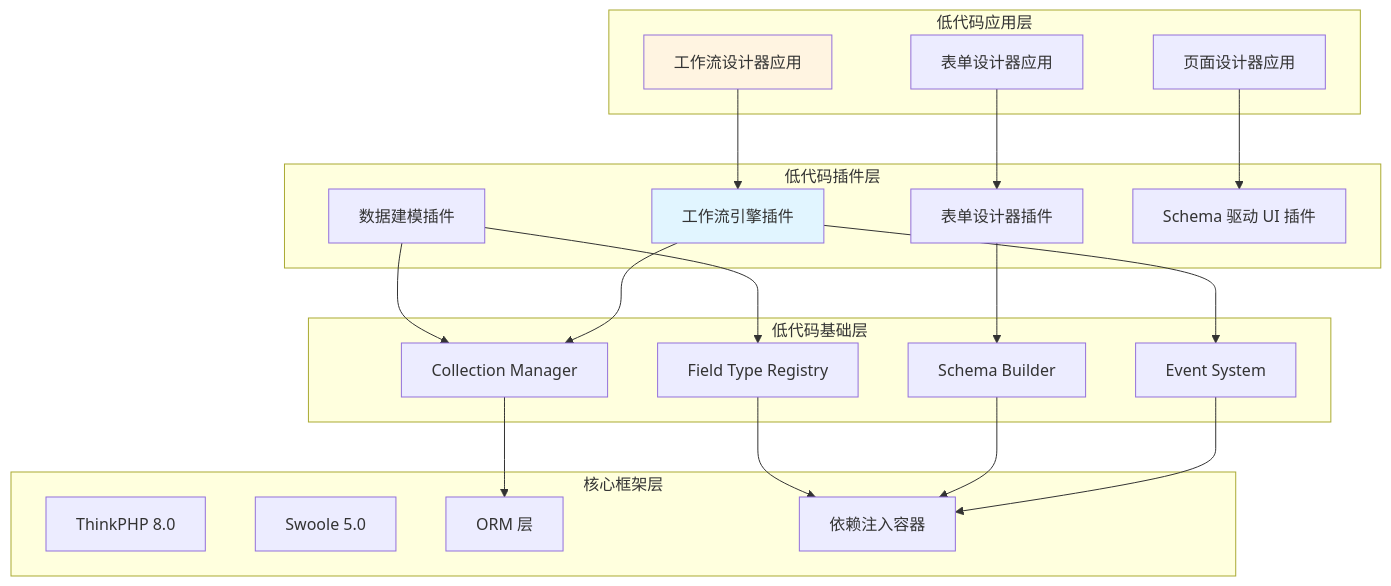
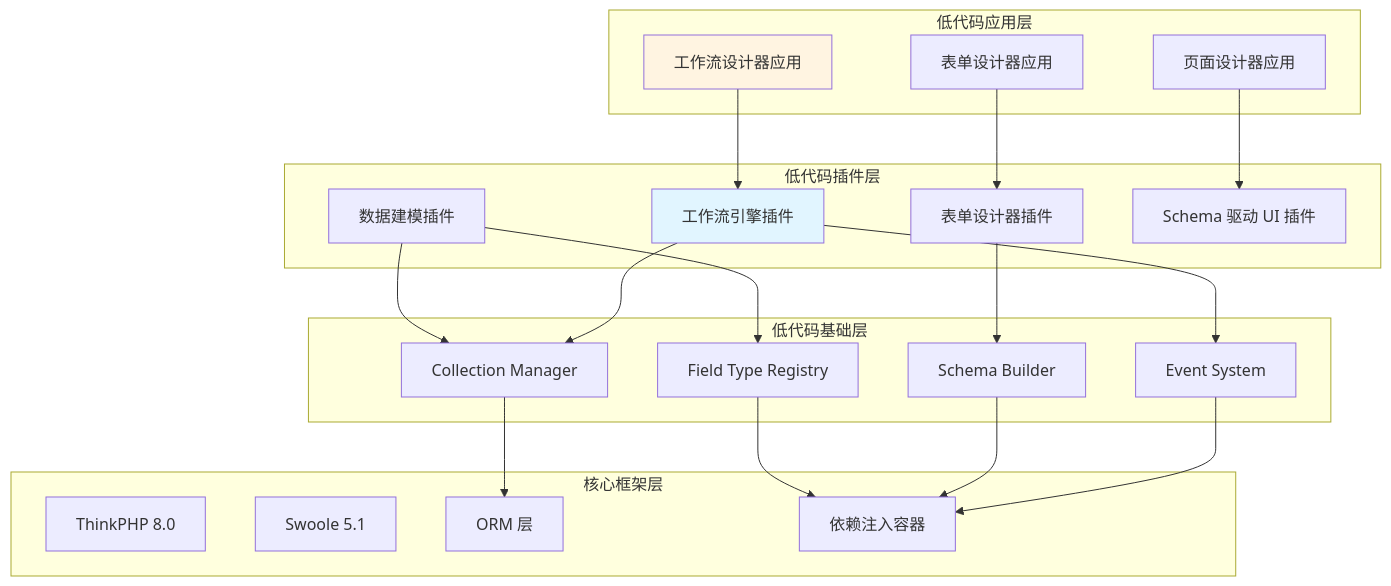
The first of 7 diagrams in design/09-lowcode-framework/50-workflow-review-and-impact-analysis.md (Bensonlam168/AlkaidSYS-tp), drawn with Mermaid before and after one commit. The commit also changed other lines of this file and 48 other files, not shown here.

````diff
--- a/design/09-lowcode-framework/50-workflow-review-and-impact-analysis.md
+++ b/design/09-lowcode-framework/50-workflow-review-and-impact-analysis.md
@@ -79,47 +79,47 @@
 ```mermaid
 graph TB
     subgraph "低代码应用层"
         A1[表单设计器应用]
         A2[页面设计器应用]
         A3[工作流设计器应用]
     end
     
     subgraph "低代码插件层"
         P1[数据建模插件]
         P2[表单设计器插件]
         P3[工作流引擎插件]
         P4[Schema 驱动 UI 插件]
     end
     
     subgraph "低代码基础层"
         B1[Collection Manager]
         B2[Field Type Registry]
         B3[Schema Builder]
         B4[Event System]
     end
     
     subgraph "核心框架层"
         F1[ThinkPHP 8.0]
-        F2[Swoole 5.0]
+        F2[Swoole 5.1]
         F3[ORM 层]
         F4[依赖注入容器]
     end
     
     A1 --> P2
     A2 --> P4
     A3 --> P3
     
     P1 --> B1
     P1 --> B2
     P2 --> B3
     P3 --> B1
     P3 --> B4
     
     B1 --> F3
     B2 --> F4
     B3 --> F4
     B4 --> F4
     
     style P3 fill:#e1f5ff
     style A3 fill:#fff4e1
 ```
````
